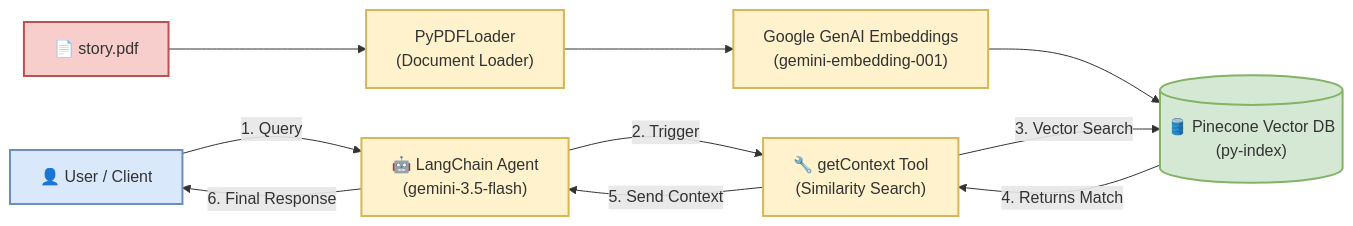
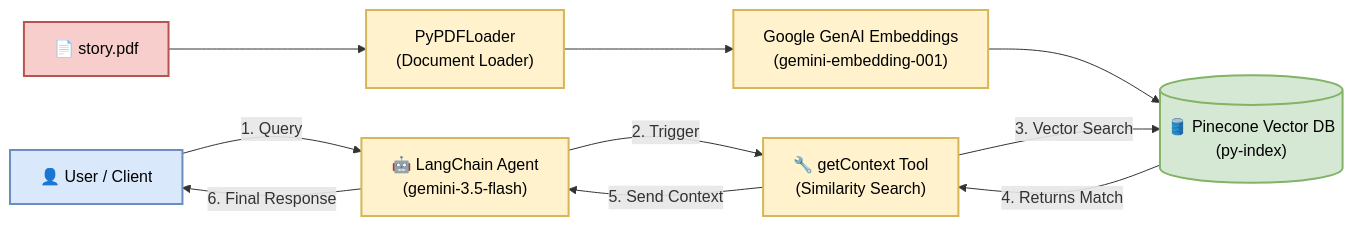
One commit to hsachan295-source/Agentic-RAG-with-Gemini-and-Pinecone changed the diagram in README.md. Above: the diagram before and after it, drawn with Mermaid. The commit also changed other lines of this file and 3 other files, not shown here.

Commit message:
Fix contrast in Mermaid diagram and remove Draw.io files

````diff
--- a/README.md
+++ b/README.md
@@ -13,30 +13,30 @@
 ```mermaid
 graph LR
-    %% Styles
-    classDef user fill:#dae8fc,stroke:#6c8ebf,stroke-width:2px;
-    classDef pdf fill:#f8cecc,stroke:#b85450,stroke-width:2px;
-    classDef component fill:#fff2cc,stroke:#d6b656,stroke-width:2px;
-    classDef db fill:#d5e8d4,stroke:#82b366,stroke-width:2px;
+    %% Styles with black text for high contrast
+    classDef user fill:#dae8fc,stroke:#6c8ebf,stroke-width:2px,color:#000000;
+    classDef pdf fill:#f8cecc,stroke:#b85450,stroke-width:2px,color:#000000;
+    classDef component fill:#fff2cc,stroke:#d6b656,stroke-width:2px,color:#000000;
+    classDef db fill:#d5e8d4,stroke:#82b366,stroke-width:2px,color:#000000;
 
     %% Elements
     User["👤 User / Client"]:::user
     PDF["📄 story.pdf"]:::pdf
     Loader["PyPDFLoader<br/>(Document Loader)"]:::component
     Embeddings["Google GenAI Embeddings<br/>(gemini-embedding-001)"]:::component
     VectorStore[("🛢️ Pinecone Vector DB<br/>(py-index)")]:::db
     Agent["🤖 LangChain Agent<br/>(gemini-3.5-flash)"]:::component
     Tool["🔧 getContext Tool<br/>(Similarity Search)"]:::component
 
     %% Ingestion Flow
     PDF --> Loader
     Loader --> Embeddings
     Embeddings --> VectorStore
 
     %% Query Flow
     User -- "1. Query" --> Agent
     Agent -- "2. Trigger" --> Tool
     Tool -- "3. Vector Search" --> VectorStore
     VectorStore -- "4. Returns Match" --> Tool
     Tool -- "5. Send Context" --> Agent
     Agent -- "6. Final Response" --> User
 ```
````
